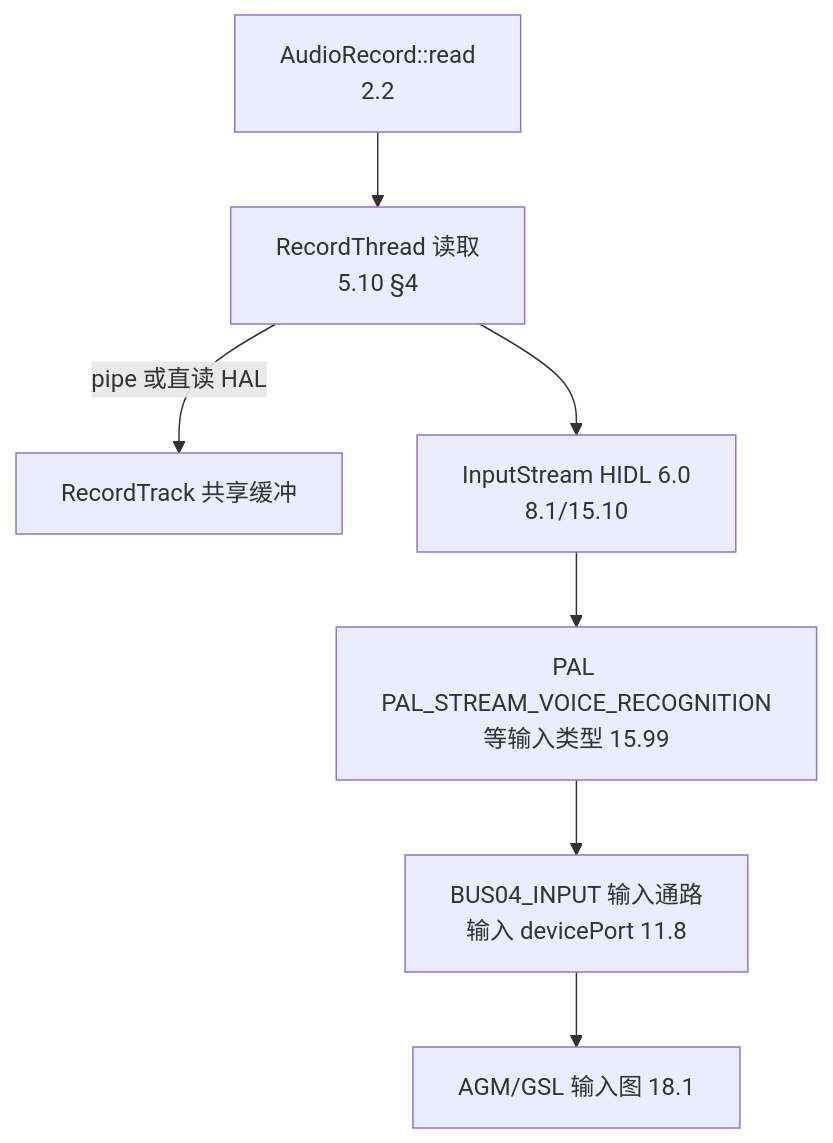
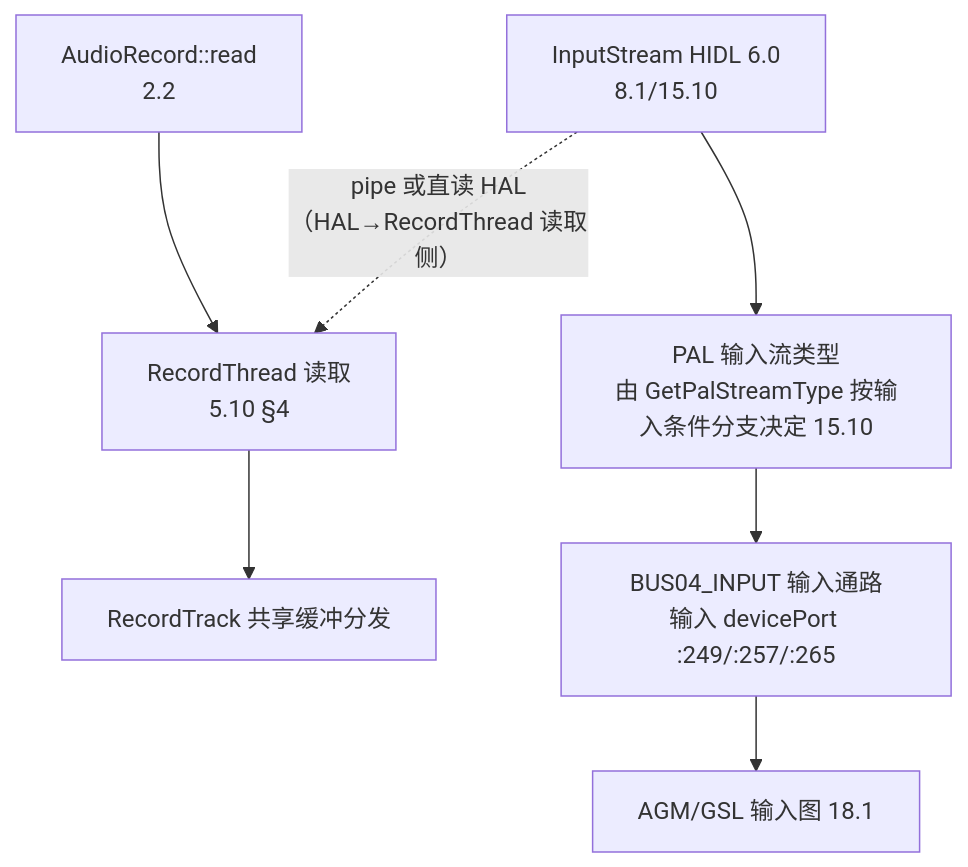
One commit to yanglinzhen1022/SA8295_AAOS_QNX_Audio_KnowledgeBase changed the diagram in 20_End_to_End_Scenarios/20_20.3_场景-语音助手录音链路.md. Above: the diagram before and after it, drawn with Mermaid. The commit also changed other lines of this file and 17 other files, not shown here.

````diff
--- a/20_End_to_End_Scenarios/20_20.3_场景-语音助手录音链路.md
+++ b/20_End_to_End_Scenarios/20_20.3_场景-语音助手录音链路.md
@@ -29,9 +29,9 @@
 ```mermaid
 flowchart TD
     AR[AudioRecord::read<br/>2.2] --> RT[RecordThread 读取<br/>5.10 §4]
-    RT -->|pipe 或直读 HAL| RTrack[RecordTrack 共享缓冲]
-    RT --> IS[InputStream HIDL 6.0<br/>8.1/15.10]
-    IS --> PS[PAL PAL_STREAM_VOICE_RECOGNITION<br/>等输入类型 15.99]
-    PS --> BUS4[BUS04_INPUT 输入通路<br/>输入 devicePort 11.8]
+    IS[InputStream HIDL 6.0<br/>8.1/15.10] -.->|pipe 或直读 HAL<br/>（HAL→RecordThread 读取侧）| RT
+    RT --> RTrack[RecordTrack 共享缓冲分发]
+    IS --> PS[PAL 输入流类型<br/>由 GetPalStreamType 按输入条件分支决定 15.10]
+    PS --> BUS4[BUS04_INPUT 输入通路<br/>输入 devicePort :249/:257/:265]
     BUS4 --> AGM[AGM/GSL 输入图 18.1]
 ```
````
